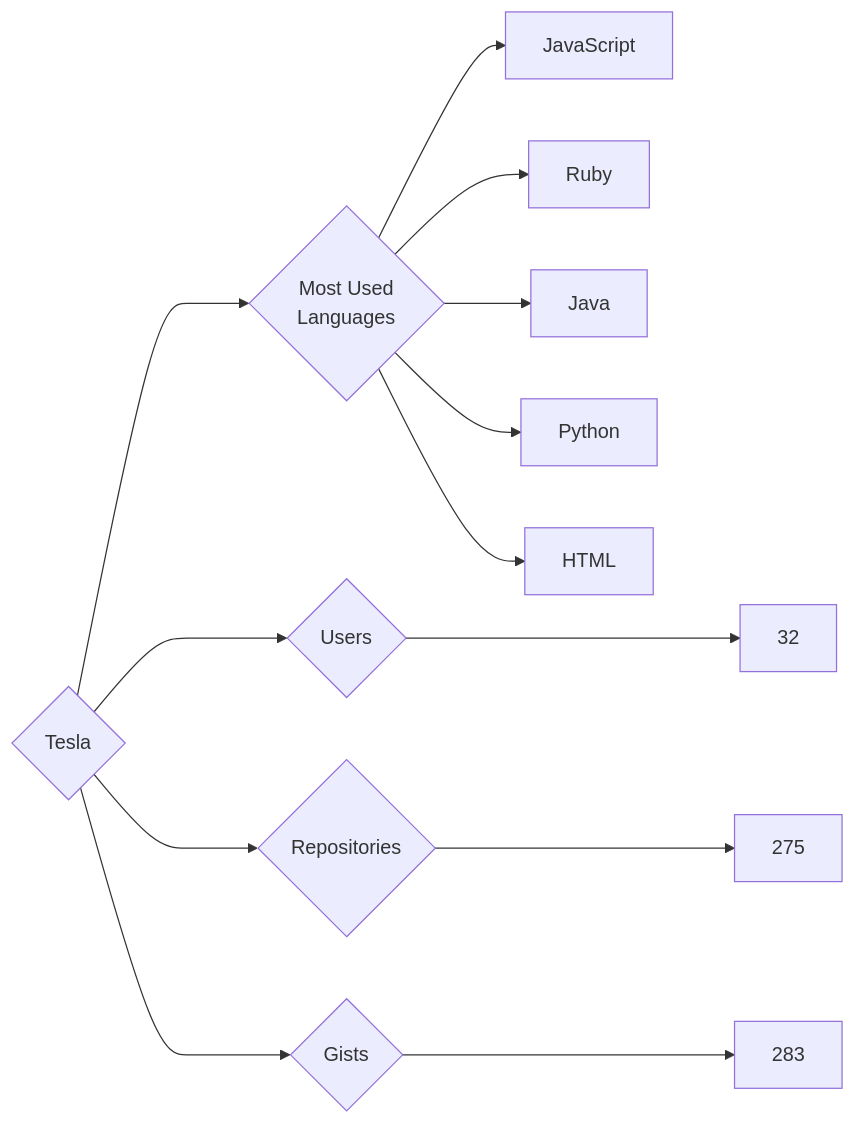
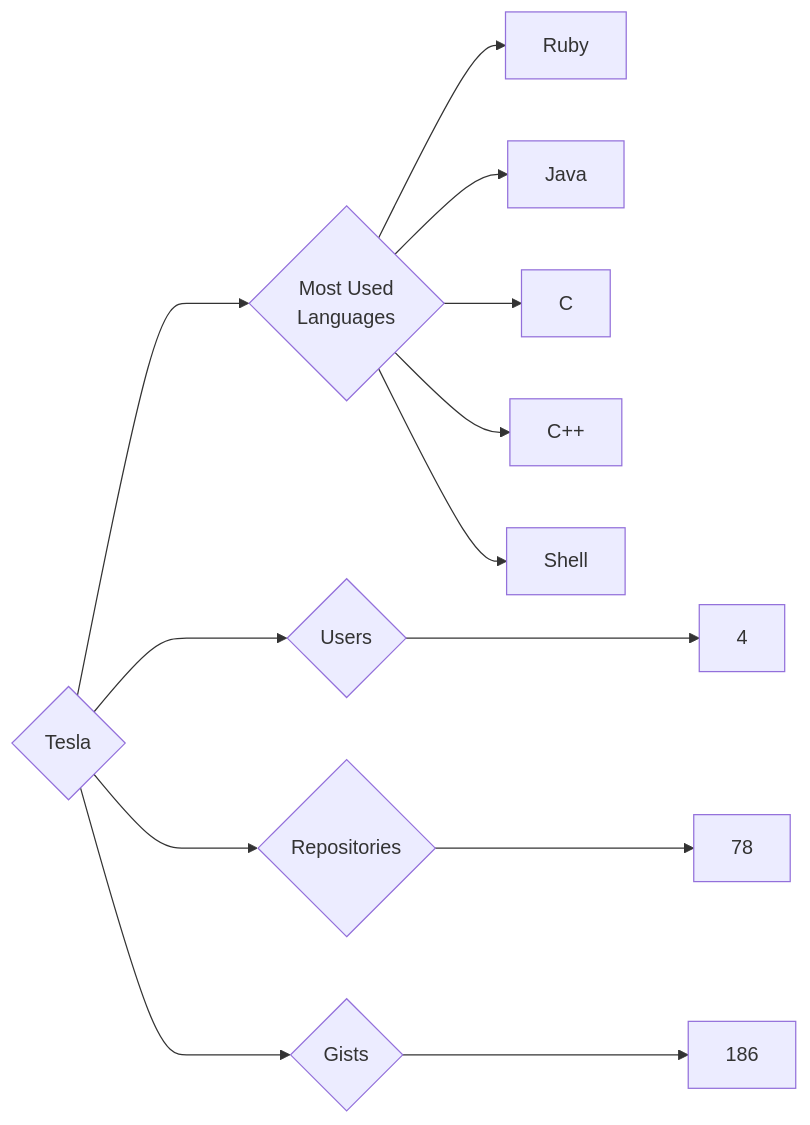
One commit to trickest/insiders changed the diagram in targets/Tesla/README.md. Above: the diagram before and after it, drawn with Mermaid. The commit also changed 444 other files, not shown here.

````diff
--- a/targets/Tesla/README.md
+++ b/targets/Tesla/README.md
@@ -3,13 +3,13 @@
 ```mermaid
 graph LR
 COMPANY_NAME{Tesla}
-COMPANY_NAME ---> U{Users} ---> UN[32]
-COMPANY_NAME ---> R{Repositories} ---> RN[275]
-COMPANY_NAME ---> G{Gists} ---> GN[283]
+COMPANY_NAME ---> U{Users} ---> UN[4]
+COMPANY_NAME ---> R{Repositories} ---> RN[78]
+COMPANY_NAME ---> G{Gists} ---> GN[186]
 COMPANY_NAME ---> ML{Most Used<br>Languages}
-ML --> JavaScript[JavaScript]
 ML --> Ruby[Ruby]
 ML --> Java[Java]
-ML --> Python[Python]
-ML --> HTML[HTML]
+ML --> C[C]
+ML --> C++[C++]
+ML --> Shell[Shell]
 ```
````
